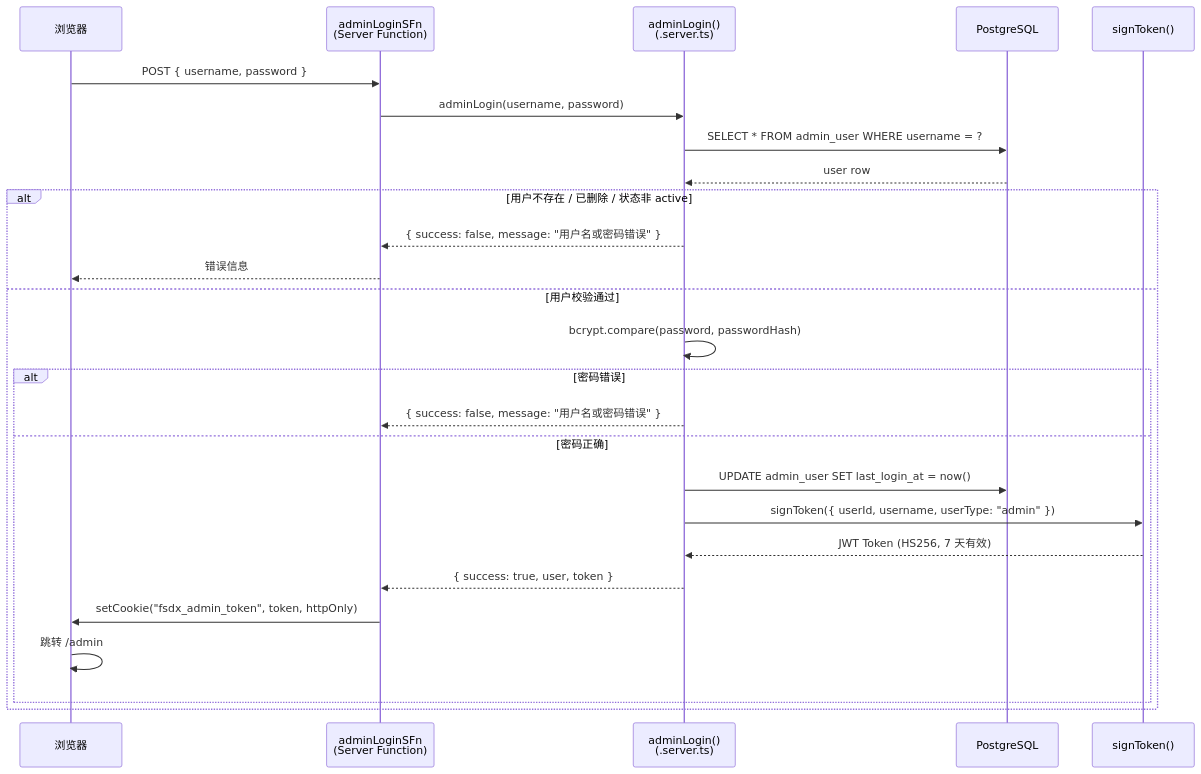
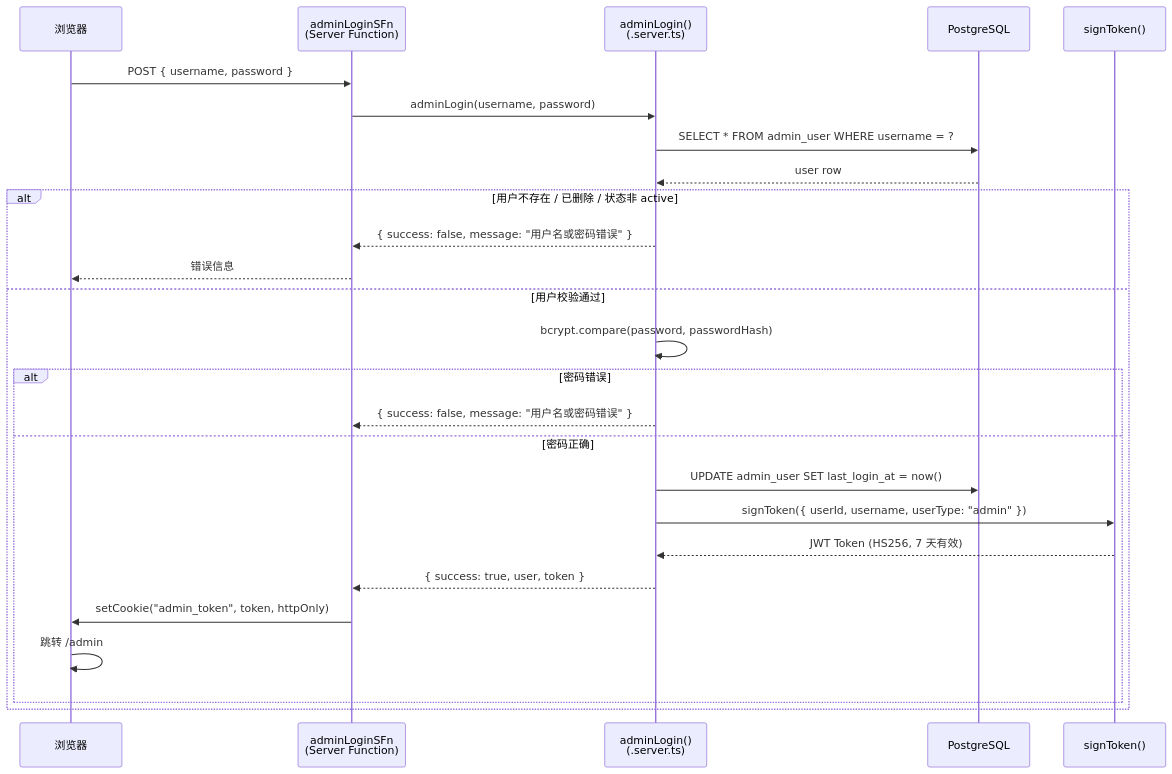
One commit to easyx-dev/fsdx changed the third of 6 diagrams in docs/auth-permission-model.md. Above: the diagram before and after it, drawn with Mermaid. The commit also changed other lines of this file and 30 other files, not shown here.

````diff
--- a/docs/auth-permission-model.md
+++ b/docs/auth-permission-model.md
@@ -186,31 +186,31 @@
 ```mermaid
 sequenceDiagram
     participant Browser as 浏览器
     participant LoginSF as adminLoginSFn<br/>(Server Function)
     participant Server as adminLogin()<br/>(.server.ts)
     participant DB as PostgreSQL
     participant JWT as signToken()
 
     Browser->>LoginSF: POST { username, password }
     LoginSF->>Server: adminLogin(username, password)
 
     Server->>DB: SELECT * FROM admin_user WHERE username = ?
     DB-->>Server: user row
 
     alt 用户不存在 / 已删除 / 状态非 active
         Server-->>LoginSF: { success: false, message: "用户名或密码错误" }
         LoginSF-->>Browser: 错误信息
     else 用户校验通过
         Server->>Server: bcrypt.compare(password, passwordHash)
         alt 密码错误
             Server-->>LoginSF: { success: false, message: "用户名或密码错误" }
         else 密码正确
             Server->>DB: UPDATE admin_user SET last_login_at = now()
             Server->>JWT: signToken({ userId, username, userType: "admin" })
             JWT-->>Server: JWT Token (HS256, 7 天有效)
             Server-->>LoginSF: { success: true, user, token }
-            LoginSF->>Browser: setCookie("fsdx_admin_token", token, httpOnly)
+            LoginSF->>Browser: setCookie("admin_token", token, httpOnly)
             Browser->>Browser: 跳转 /admin
         end
     end
 ```
````
